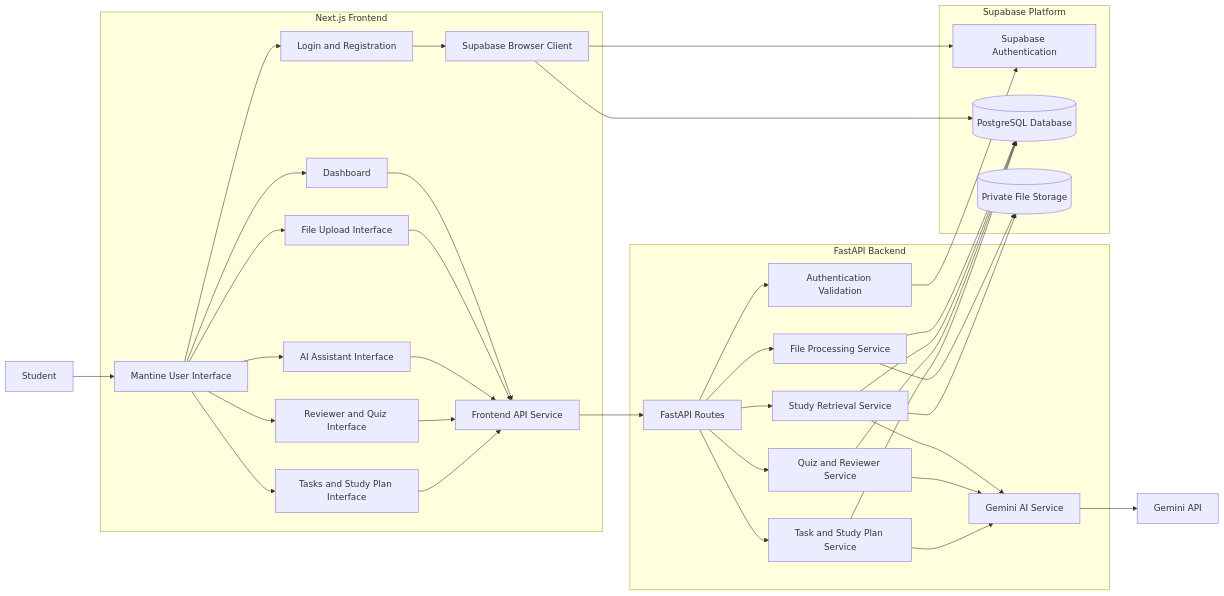
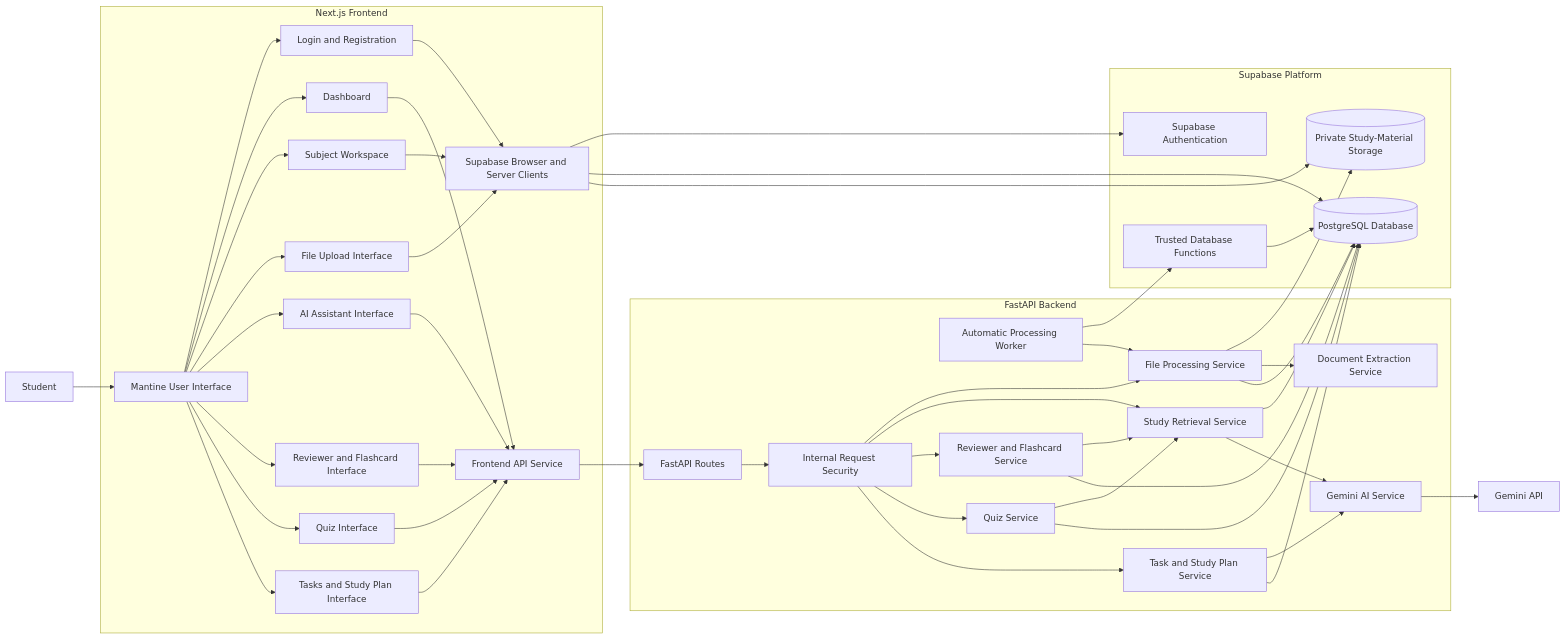
One commit to jianna-acc/stsp-capstone changed the first of 31 diagrams in docs/ARCHITECTURE.md. Above: the diagram before and after it, drawn with Mermaid. The commit also changed other lines of this file and 29 other files, not shown here.

````diff
--- a/docs/ARCHITECTURE.md
+++ b/docs/ARCHITECTURE.md
@@ -26,28 +43,34 @@
         UI["Mantine User Interface"]
         AUTH_UI["Login and Registration"]
         DASHBOARD["Dashboard"]
+        SUBJECT_UI["Subject Workspace"]
         FILE_UI["File Upload Interface"]
         CHAT_UI["AI Assistant Interface"]
-        QUIZ_UI["Reviewer and Quiz Interface"]
+        REVIEWER_UI["Reviewer and Flashcard Interface"]
+        QUIZ_UI["Quiz Interface"]
         PLAN_UI["Tasks and Study Plan Interface"]
         API_SERVICE["Frontend API Service"]
-        SUPABASE_CLIENT["Supabase Browser Client"]
+        SUPABASE_CLIENT["Supabase Browser and Server Clients"]
     end
 
     subgraph BACKEND["FastAPI Backend"]
         API["FastAPI Routes"]
-        AUTH_SERVICE["Authentication Validation"]
-        FILE_SERVICE["File Processing Service"]
-        RAG_SERVICE["Study Retrieval Service"]
+        SECURITY["Internal Request Security"]
+        FILE_PROCESSOR["File Processing Service"]
+        WORKER["Automatic Processing Worker"]
+        EXTRACTION["Document Extraction Service"]
+        RETRIEVAL["Study Retrieval Service"]
         AI_SERVICE["Gemini AI Service"]
-        QUIZ_SERVICE["Quiz and Reviewer Service"]
+        REVIEWER_SERVICE["Reviewer and Flashcard Service"]
+        QUIZ_SERVICE["Quiz Service"]
         PLAN_SERVICE["Task and Study Plan Service"]
     end
 
     subgraph SUPABASE["Supabase Platform"]
         AUTH["Supabase Authentication"]
         DATABASE[("PostgreSQL Database")]
-        STORAGE[("Private File Storage")]
+        STORAGE[("Private Study-Material Storage")]
+        RPC["Trusted Database Functions"]
     end
 
     GEMINI["Gemini API"]
@@ -56,40 +79,50 @@
 
     UI --> AUTH_UI
     UI --> DASHBOARD
+    UI --> SUBJECT_UI
     UI --> FILE_UI
     UI --> CHAT_UI
+    UI --> REVIEWER_UI
     UI --> QUIZ_UI
     UI --> PLAN_UI
 
     AUTH_UI --> SUPABASE_CLIENT
-    SUPABASE_CLIENT --> AUTH
-    SUPABASE_CLIENT --> DATABASE
-
+    SUBJECT_UI --> SUPABASE_CLIENT
+    FILE_UI --> SUPABASE_CLIENT
     DASHBOARD --> API_SERVICE
-    FILE_UI --> API_SERVICE
     CHAT_UI --> API_SERVICE
+    REVIEWER_UI --> API_SERVICE
     QUIZ_UI --> API_SERVICE
     PLAN_UI --> API_SERVICE
 
+    SUPABASE_CLIENT --> AUTH
+    SUPABASE_CLIENT --> DATABASE
+    SUPABASE_CLIENT --> STORAGE
+
     API_SERVICE --> API
+    API --> SECURITY
+    SECURITY --> FILE_PROCESSOR
+    SECURITY --> RETRIEVAL
+    SECURITY --> REVIEWER_SERVICE
+    SECURITY --> QUIZ_SERVICE
+    SECURITY --> PLAN_SERVICE
 
-    API --> AUTH_SERVICE
-    API --> FILE_SERVICE
-    API --> RAG_SERVICE
-    API --> QUIZ_SERVICE
-    API --> PLAN_SERVICE
+    WORKER --> RPC
+    RPC --> DATABASE
+    WORKER --> FILE_PROCESSOR
+    FILE_PROCESSOR --> STORAGE
+    FILE_PROCESSOR --> EXTRACTION
+    FILE_PROCESSOR --> DATABASE
 
-    AUTH_SERVICE --> AUTH
-    FILE_SERVICE --> STORAGE
-    FILE_SERVICE --> DATABASE
-    RAG_SERVICE --> DATABASE
-    RAG_SERVICE --> STORAGE
-
-    RAG_SERVICE --> AI_SERVICE
-    QUIZ_SERVICE --> AI_SERVICE
+    RETRIEVAL --> DATABASE
+    RETRIEVAL --> AI_SERVICE
+    REVIEWER_SERVICE --> RETRIEVAL
+    QUIZ_SERVICE --> RETRIEVAL
     PLAN_SERVICE --> AI_SERVICE
 
     AI_SERVICE --> GEMINI
+
+    REVIEWER_SERVICE --> DATABASE
     QUIZ_SERVICE --> DATABASE
     PLAN_SERVICE --> DATABASE
 ```
````
